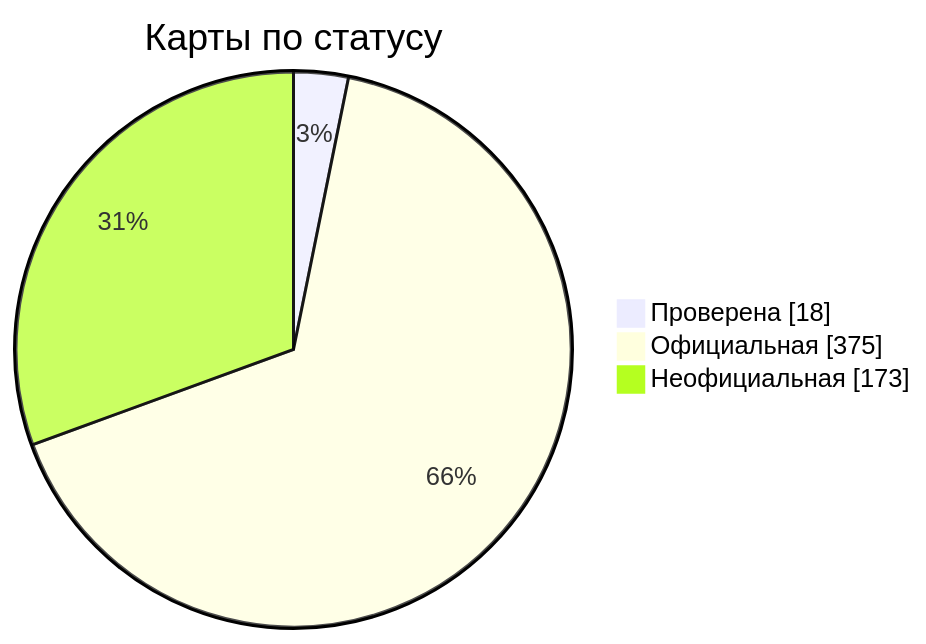
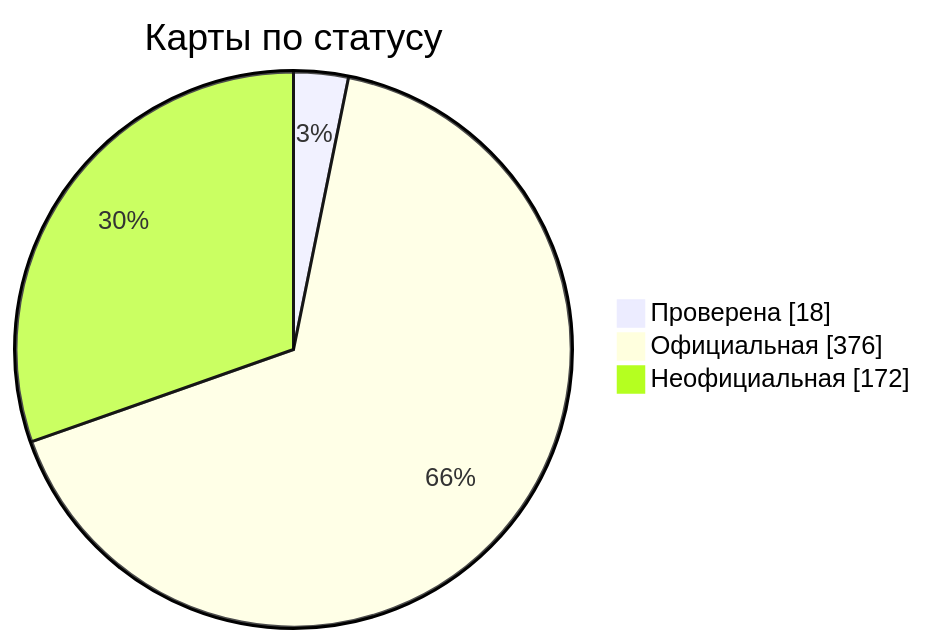
The diagram in docs/readme/README_RU.md (nobrega8/mbmap-library), drawn with Mermaid before and after one commit. The commit also changed 6 other files, not shown here.

````diff
--- a/docs/readme/README_RU.md
+++ b/docs/readme/README_RU.md
@@ -54,7 +54,7 @@
 ```mermaid
 pie showData
     title Карты по статусу
     "Проверена" : 18
-    "Официальная" : 375
-    "Неофициальная" : 173
+    "Официальная" : 376
+    "Неофициальная" : 172
 ```
````
